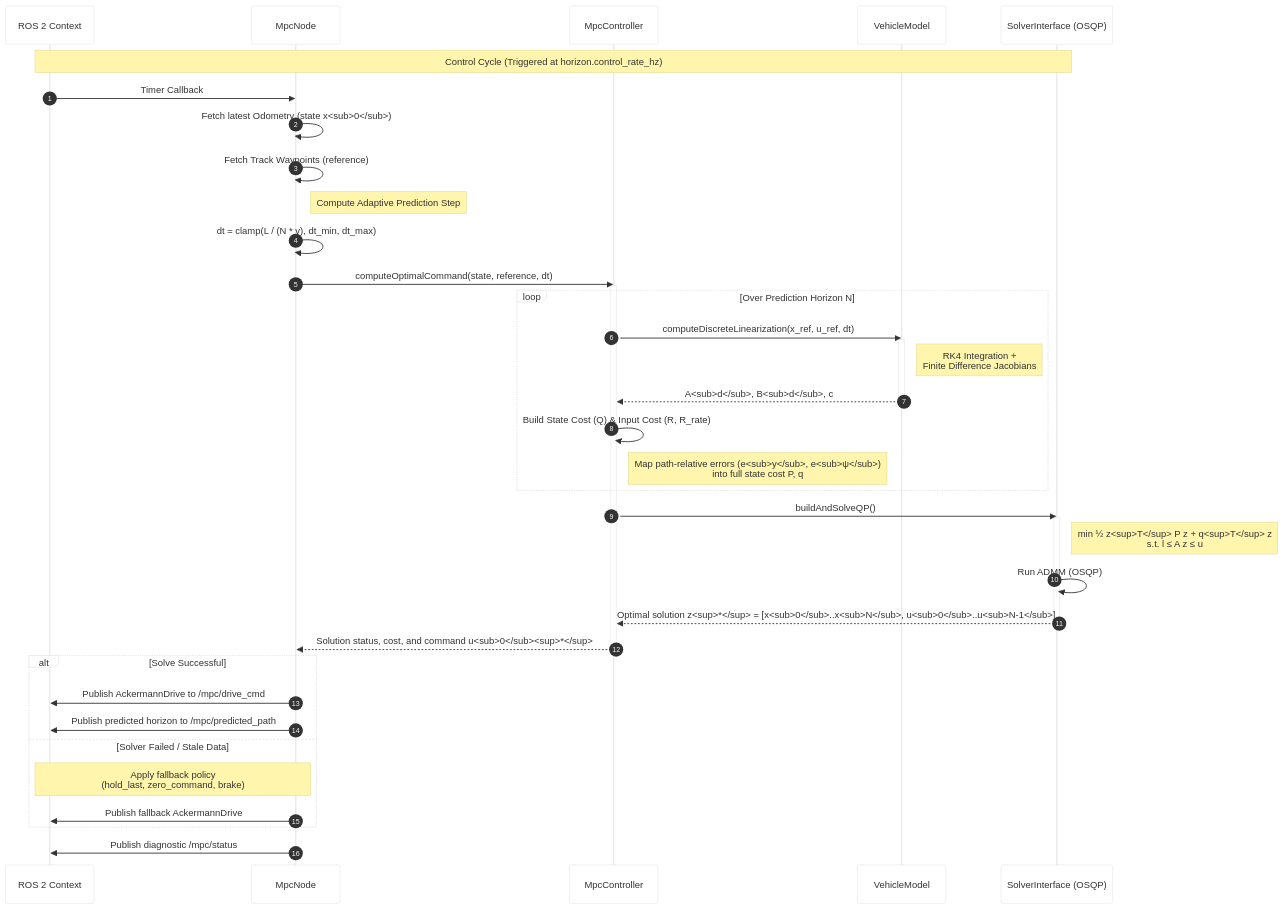
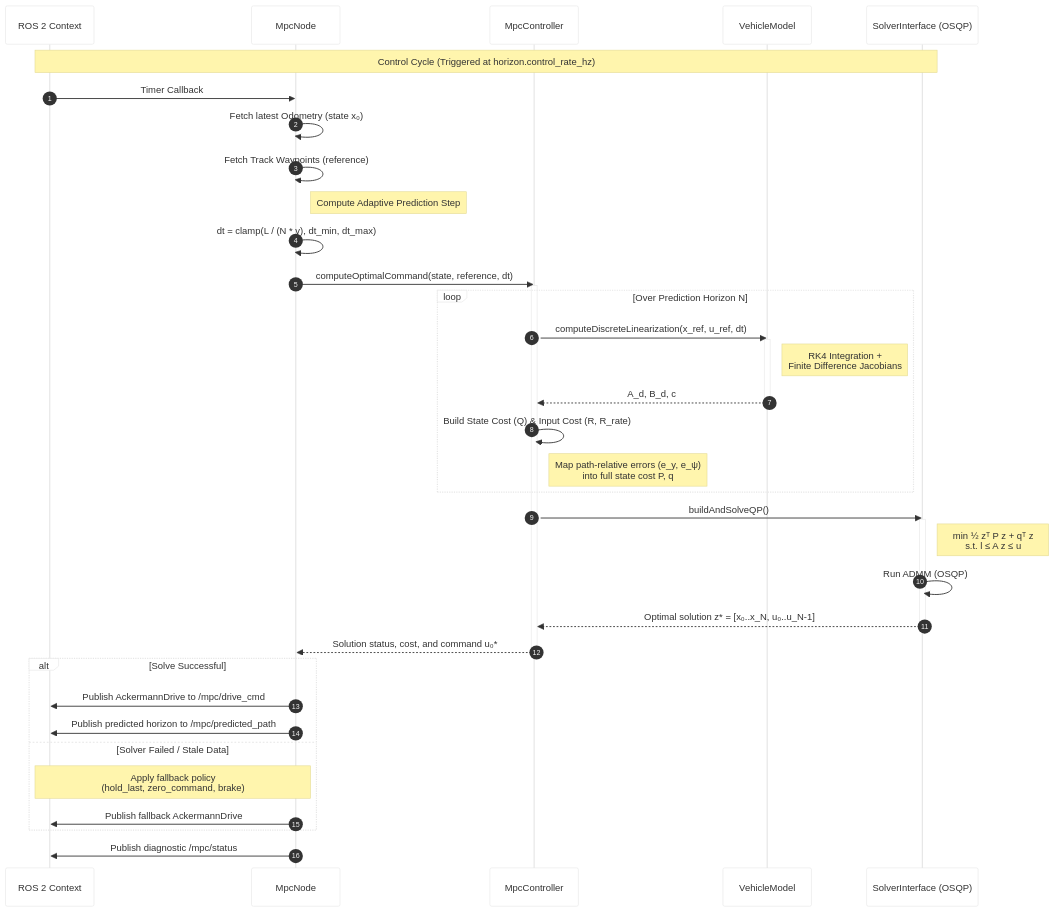
One commit to ebrahimabdelghfar/Ebrahim_Master_Thesis_repo changed the diagram in docs/diagrams/mpc_sequence.mmd. Above: the diagram before and after it, drawn with Mermaid. The commit also changed 2 other files, not shown here.

Commit message:
[FIX the diagram]

```diff
--- a/docs/diagrams/mpc_sequence.mmd
+++ b/docs/diagrams/mpc_sequence.mmd
@@ -1,50 +1,50 @@
 %%{init: {'theme': 'base', 'themeVariables': { 'fontFamily': 'serif', 'primaryColor': '#ffffff', 'edgeLabelBackground': '#ffffff'}}}%%
 sequenceDiagram
     autonumber
     participant ROS as ROS 2 Context
     participant Node as MpcNode
     participant Ctrl as MpcController
     participant Model as VehicleModel
     participant Solv as SolverInterface (OSQP)
 
     Note over ROS, Solv: Control Cycle (Triggered at horizon.control_rate_hz)
     ROS->>Node: Timer Callback
     
-    Node->>Node: Fetch latest Odometry (state x<sub>0</sub>)
+    Node->>Node: Fetch latest Odometry (state x₀)
     Node->>Node: Fetch Track Waypoints (reference)
     
     Note right of Node: Compute Adaptive Prediction Step
     Node->>Node: dt = clamp(L / (N * v), dt_min, dt_max)
     
     Node->>Ctrl: computeOptimalCommand(state, reference, dt)
     activate Ctrl
 
     loop Over Prediction Horizon N
         Ctrl->>Model: computeDiscreteLinearization(x_ref, u_ref, dt)
         activate Model
         Note right of Model: RK4 Integration +<br/>Finite Difference Jacobians
-        Model-->>Ctrl: A<sub>d</sub>, B<sub>d</sub>, c
+        Model-->>Ctrl: A_d, B_d, c
         deactivate Model
         
         Ctrl->>Ctrl: Build State Cost (Q) & Input Cost (R, R_rate)
-        Note right of Ctrl: Map path-relative errors (e<sub>y</sub>, e<sub>ψ</sub>)<br/>into full state cost P, q
+        Note right of Ctrl: Map path-relative errors (e_y, e_ψ)<br/>into full state cost P, q
     end
 
     Ctrl->>Solv: buildAndSolveQP()
     activate Solv
-    Note right of Solv: min ½ z<sup>T</sup> P z + q<sup>T</sup> z<br/>s.t. l ≤ A z ≤ u
+    Note right of Solv: min ½ zᵀ P z + qᵀ z<br/>s.t. l ≤ A z ≤ u
     Solv->>Solv: Run ADMM (OSQP)
-    Solv-->>Ctrl: Optimal solution z<sup>*</sup> = [x<sub>0</sub>..x<sub>N</sub>, u<sub>0</sub>..u<sub>N-1</sub>]
+    Solv-->>Ctrl: Optimal solution z* = [x₀..x_N, u₀..u_N-1]
     deactivate Solv
 
-    Ctrl-->>Node: Solution status, cost, and command u<sub>0</sub><sup>*</sup>
+    Ctrl-->>Node: Solution status, cost, and command u₀*
     deactivate Ctrl
 
     alt Solve Successful
         Node->>ROS: Publish AckermannDrive to /mpc/drive_cmd
         Node->>ROS: Publish predicted horizon to /mpc/predicted_path
     else Solver Failed / Stale Data
         Note over Node, ROS: Apply fallback policy<br/>(hold_last, zero_command, brake)
         Node->>ROS: Publish fallback AckermannDrive
     end
     Node->>ROS: Publish diagnostic /mpc/status
```
